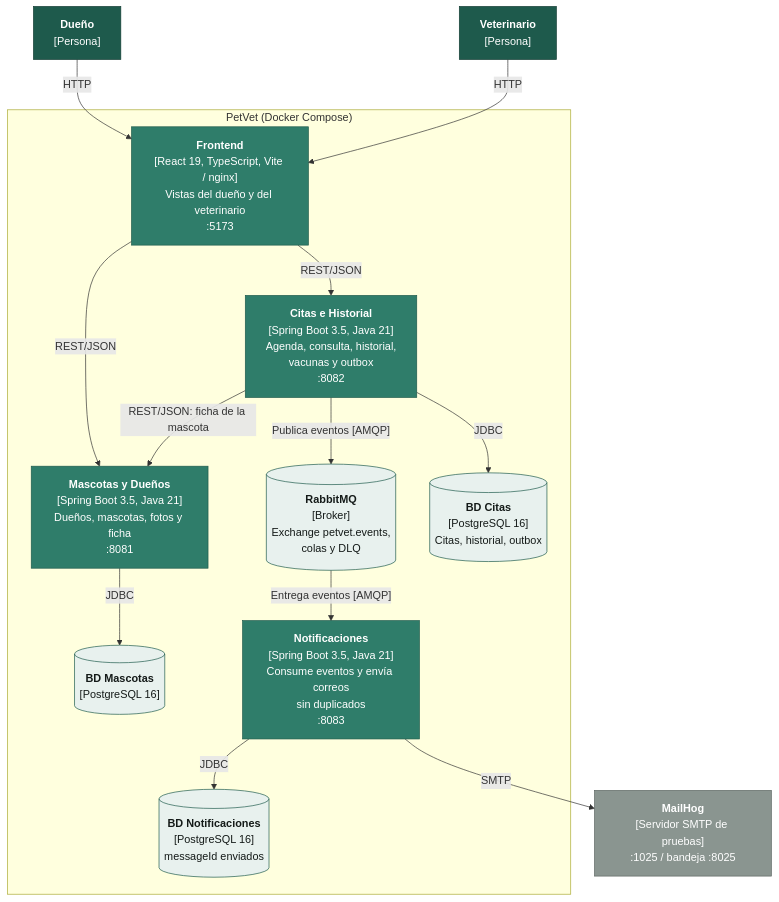
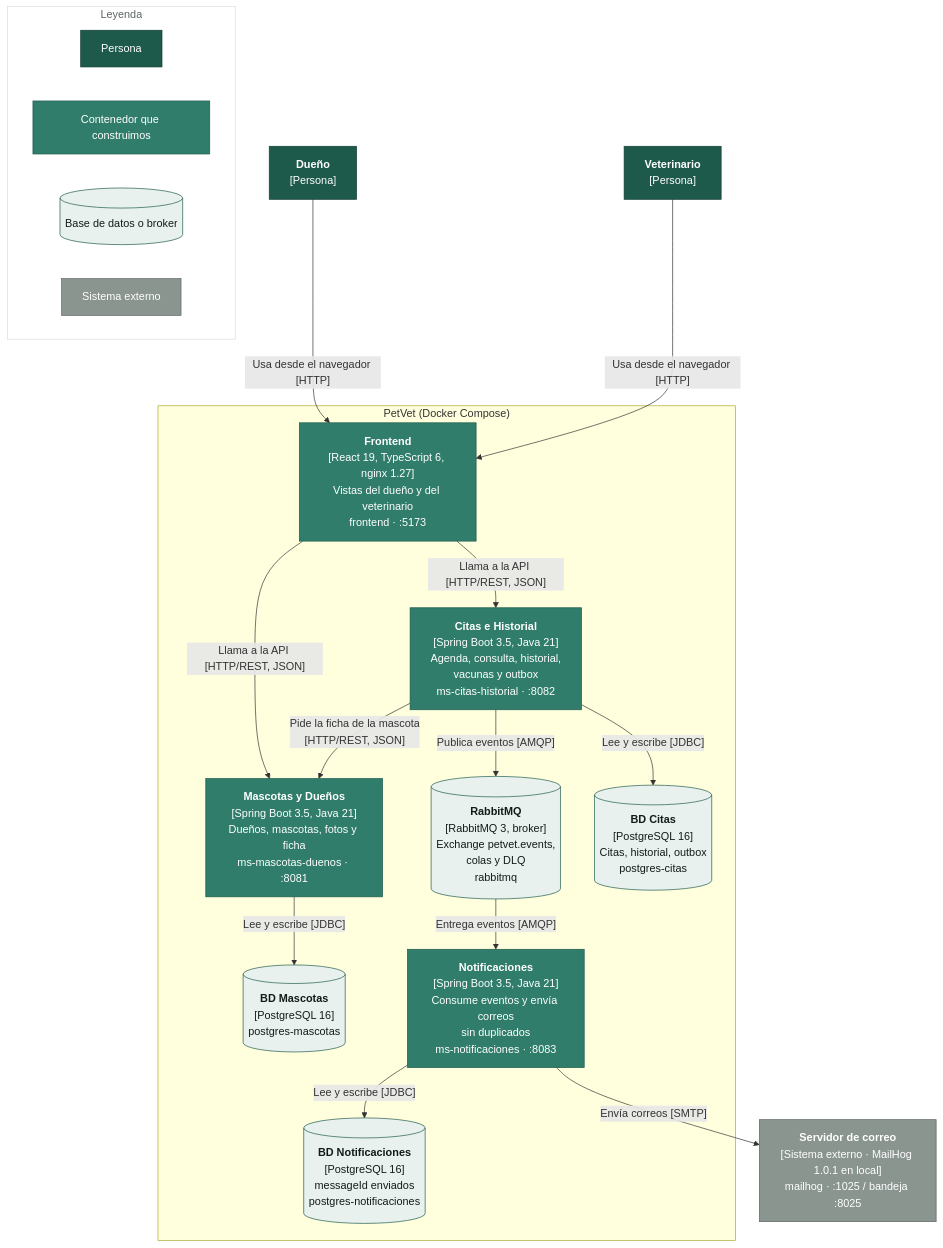
Before and after one commit to CamiloGutierrez1/petvet: the second of 2 diagrams in docs/arquitectura.md, drawn with Mermaid. The commit also changed other lines of this file and 27 other files, not shown here.

First line of the commit message:
docs: ADR-001 a ADR-014, C4 con leyenda, 10 RF con reglas de negocio, UML, Git y lecciones

````diff
--- a/docs/arquitectura.md
+++ b/docs/arquitectura.md
@@ -40,39 +52,48 @@
 ```mermaid
 flowchart TB
     dueno["<b>Dueño</b><br/>[Persona]"]
     vet["<b>Veterinario</b><br/>[Persona]"]
 
     subgraph petvet["PetVet (Docker Compose)"]
-        front["<b>Frontend</b><br/>[React 19, TypeScript, Vite / nginx]<br/>Vistas del dueño y del veterinario<br/>:5173"]
-        mascotas["<b>Mascotas y Dueños</b><br/>[Spring Boot 3.5, Java 21]<br/>Dueños, mascotas, fotos y ficha<br/>:8081"]
-        citas["<b>Citas e Historial</b><br/>[Spring Boot 3.5, Java 21]<br/>Agenda, consulta, historial,<br/>vacunas y outbox<br/>:8082"]
-        notif["<b>Notificaciones</b><br/>[Spring Boot 3.5, Java 21]<br/>Consume eventos y envía correos<br/>sin duplicados<br/>:8083"]
-        broker[("<b>RabbitMQ</b><br/>[Broker]<br/>Exchange petvet.events,<br/>colas y DLQ")]
-        dbm[("<b>BD Mascotas</b><br/>[PostgreSQL 16]")]
-        dbc[("<b>BD Citas</b><br/>[PostgreSQL 16]<br/>Citas, historial, outbox")]
-        dbn[("<b>BD Notificaciones</b><br/>[PostgreSQL 16]<br/>messageId enviados")]
+        front["<b>Frontend</b><br/>[React 19, TypeScript 6, nginx 1.27]<br/>Vistas del dueño y del veterinario<br/>frontend · :5173"]
+        mascotas["<b>Mascotas y Dueños</b><br/>[Spring Boot 3.5, Java 21]<br/>Dueños, mascotas, fotos y ficha<br/>ms-mascotas-duenos · :8081"]
+        citas["<b>Citas e Historial</b><br/>[Spring Boot 3.5, Java 21]<br/>Agenda, consulta, historial,<br/>vacunas y outbox<br/>ms-citas-historial · :8082"]
+        notif["<b>Notificaciones</b><br/>[Spring Boot 3.5, Java 21]<br/>Consume eventos y envía correos<br/>sin duplicados<br/>ms-notificaciones · :8083"]
+        broker[("<b>RabbitMQ</b><br/>[RabbitMQ 3, broker]<br/>Exchange petvet.events,<br/>colas y DLQ<br/>rabbitmq")]
+        dbm[("<b>BD Mascotas</b><br/>[PostgreSQL 16]<br/>postgres-mascotas")]
+        dbc[("<b>BD Citas</b><br/>[PostgreSQL 16]<br/>Citas, historial, outbox<br/>postgres-citas")]
+        dbn[("<b>BD Notificaciones</b><br/>[PostgreSQL 16]<br/>messageId enviados<br/>postgres-notificaciones")]
     end
 
-    mail["<b>MailHog</b><br/>[Servidor SMTP de pruebas]<br/>:1025 / bandeja :8025"]
+    mail["<b>Servidor de correo</b><br/>[Sistema externo · MailHog 1.0.1 en local]<br/>mailhog · :1025 / bandeja :8025"]
 
-    dueno -- "HTTP" --> front
-    vet -- "HTTP" --> front
-    front -- "REST/JSON" --> mascotas
-    front -- "REST/JSON" --> citas
-    citas -- "REST/JSON: ficha de la mascota" --> mascotas
+    subgraph leyenda["Leyenda"]
+        direction LR
+        lp["Persona"]
+        lc["Contenedor que construimos"]
+        ld[("Base de datos o broker")]
+        le["Sistema externo"]
+    end
+
+    dueno -- "Usa desde el navegador [HTTP]" --> front
+    vet -- "Usa desde el navegador [HTTP]" --> front
+    front -- "Llama a la API [HTTP/REST, JSON]" --> mascotas
+    front -- "Llama a la API [HTTP/REST, JSON]" --> citas
+    citas -- "Pide la ficha de la mascota<br/>[HTTP/REST, JSON]" --> mascotas
     citas -- "Publica eventos [AMQP]" --> broker
     broker -- "Entrega eventos [AMQP]" --> notif
-    mascotas -- "JDBC" --> dbm
-    citas -- "JDBC" --> dbc
-    notif -- "JDBC" --> dbn
-    notif -- "SMTP" --> mail
+    mascotas -- "Lee y escribe [JDBC]" --> dbm
+    citas -- "Lee y escribe [JDBC]" --> dbc
+    notif -- "Lee y escribe [JDBC]" --> dbn
+    notif -- "Envía correos [SMTP]" --> mail
 
     classDef persona fill:#1E5A4C,color:#fff,stroke:#143d34
     classDef contenedor fill:#2f7d6a,color:#fff,stroke:#1E5A4C
     classDef datos fill:#E8F1EE,color:#141A18,stroke:#1E5A4C
     classDef externo fill:#8a9590,color:#fff,stroke:#5B6661
-    class dueno,vet persona
-    class front,mascotas,citas,notif contenedor
-    class broker,dbm,dbc,dbn datos
-    class mail externo
+    class dueno,vet,lp persona
+    class front,mascotas,citas,notif,lc contenedor
+    class broker,dbm,dbc,dbn,ld datos
+    class mail,le externo
+    style leyenda fill:#fff,stroke:#D5DDD9,color:#5B6661
 ```
````
